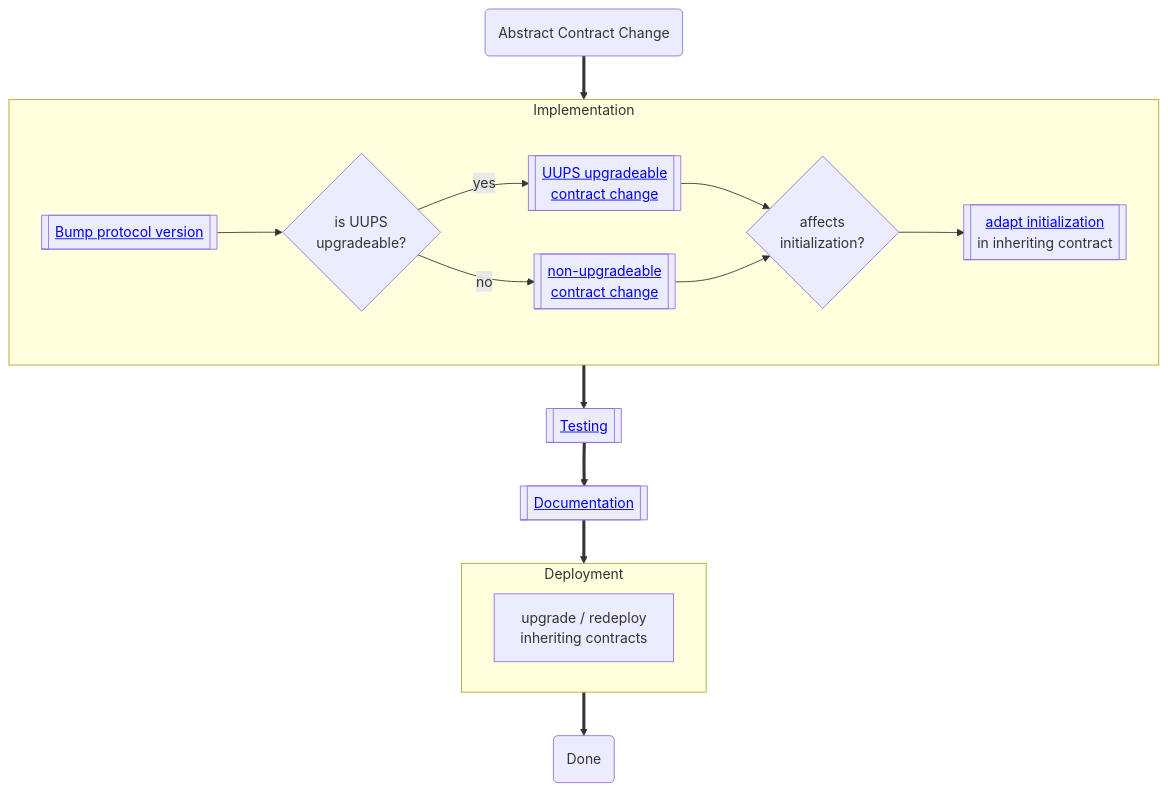
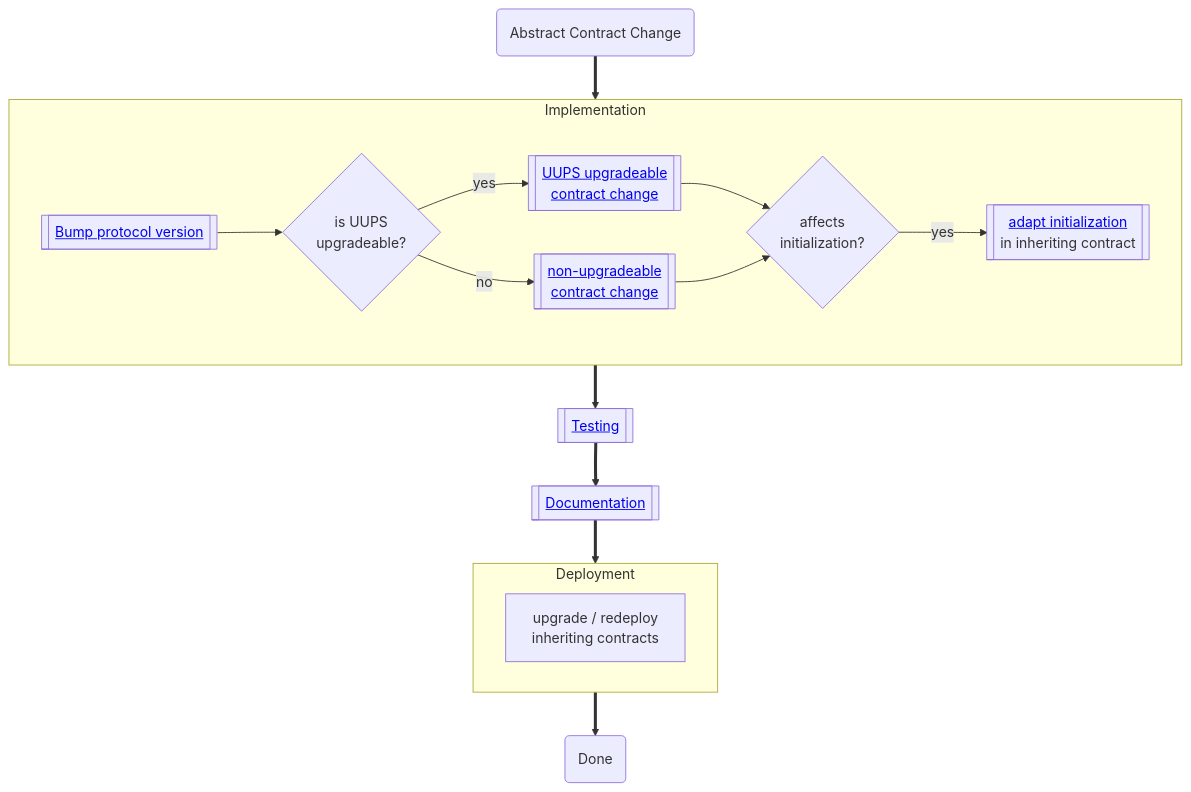
Before and after one commit to aragon/osx: the diagram in packages/contracts/docs/developer-portal/04-framework-lifecycle/03-osx-components/00-abstract-contract.md, drawn with Mermaid. The commit also changed 1 other file, not shown here.

Commit message:
docs: apply suggestions from code review

````diff
--- a/packages/contracts/docs/developer-portal/04-framework-lifecycle/03-osx-components/00-abstract-contract.md
+++ b/packages/contracts/docs/developer-portal/04-framework-lifecycle/03-osx-components/00-abstract-contract.md
@@ -10,34 +10,34 @@
 ```mermaid
 flowchart TD
     processStart("Abstract Contract Change")
     processStart ==> implementation
     subgraph implementation[Implementation]
         bumpProtocolVersion[["<a href='../03-sub-processes/01-protocol-version.md'>Bump protocol version</a>"]]
         isUpgradeable{"is UUPS \n upgradeable?"}
         upgradeableContractImplementation[[<a href='./02-upgradeable-contract.md'>UUPS upgradeable \n contract change</a>]]
         nonUpgradeableContractImplementation[[<a href='./03-non-upgradeable-contract.md'>non-upgradeable \n contract change</a>]]
         affectsInitialization{"affects \n initialization?"}
         adaptInitialization[["<a href='../03-sub-processes/02-contract-initialization.md'adapt initialization> adapt initialization</a>\n in inheriting contract"]]
 
         bumpProtocolVersion --> isUpgradeable
         isUpgradeable -->|yes| upgradeableContractImplementation --> affectsInitialization
         isUpgradeable -->|no| nonUpgradeableContractImplementation --> affectsInitialization
-        affectsInitialization --> adaptInitialization
+        affectsInitialization -->|yes| adaptInitialization
     end
 
     implementation ==> testing[[<a href='../03-sub-processes/03-testing.md'>Testing</a>]]
     %%subgraph testing[Testing]
     %%end
 
 
     testing ==> docs[[<a href='../03-sub-processes/04-documentation.md'>Documentation</a>]]
     %%subgraph testing[Testing]
     %%end
 
     docs ==> deployment
     subgraph deployment[Deployment]
         updateDerivedContracts["upgrade / redeploy \n inheriting contracts"]
     end
 
     deployment ==> processEnd("Done")
 ```
````
